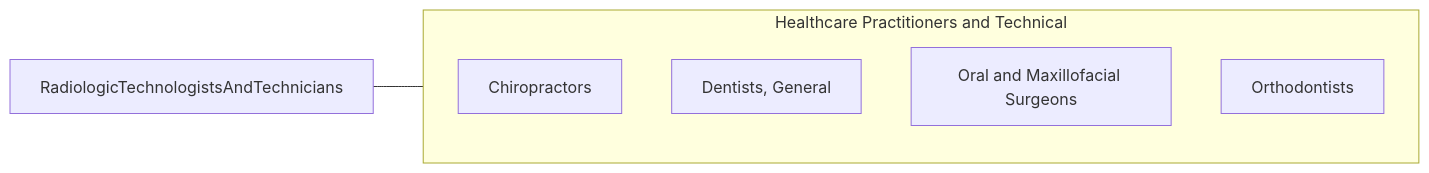
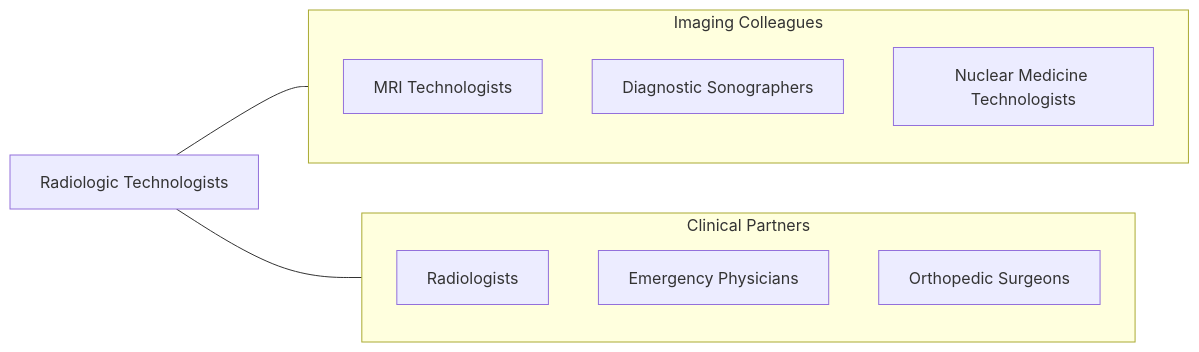
The fourth of 4 diagrams in occupations/HealthcarePractitioners/RadiologicTechnologistsAndTechnicians.mdx (kziemski/business.org.ai), drawn with Mermaid before and after one commit. The commit also changed other lines of this file and 938 other files, not shown here.

````diff
--- a/occupations/HealthcarePractitioners/RadiologicTechnologistsAndTechnicians.mdx
+++ b/occupations/HealthcarePractitioners/RadiologicTechnologistsAndTechnicians.mdx
@@ -114,13 +186,19 @@
 ```mermaid
 graph LR
-    Current["RadiologicTechnologistsAndTechnicians"]
+    Current["Radiologic Technologists"]
 
-    subgraph SameCategory["Healthcare Practitioners and Technical"]
-        Chiropractors["Chiropractors"]
-        DentistsGeneral["Dentists, General"]
-        OralAndMaxillofacial["Oral and Maxillofacial Surgeons"]
-        Orthodontists["Orthodontists"]
+    subgraph ImagingTeam["Imaging Colleagues"]
+        MRITechs["MRI Technologists"]
+        Sonographers["Diagnostic Sonographers"]
+        NucMedTechs["Nuclear Medicine Technologists"]
     end
 
-    Current --- SameCategory
+    subgraph Clinical["Clinical Partners"]
+        Radiologists["Radiologists"]
+        ERPhysicians["Emergency Physicians"]
+        Orthopedists["Orthopedic Surgeons"]
+    end
+
+    Current --- ImagingTeam
+    Current --- Clinical
 ```
````
